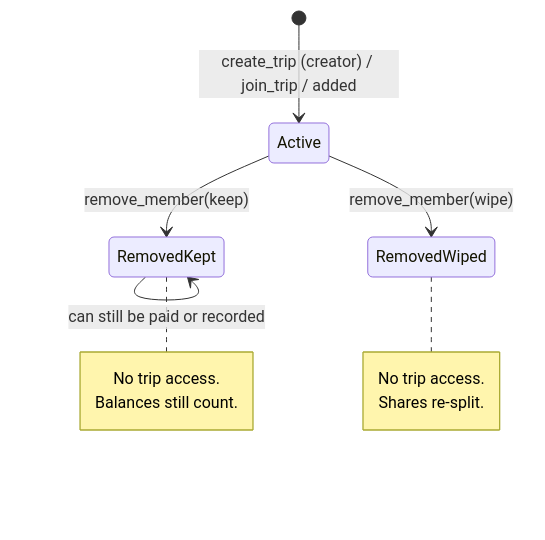
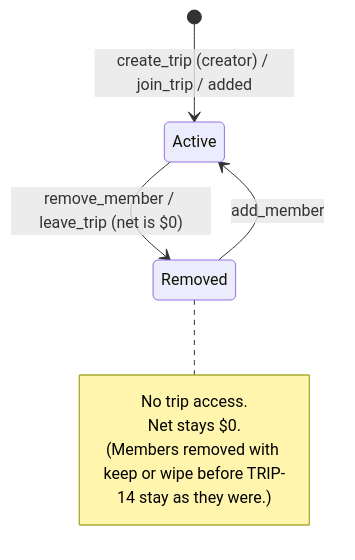
The fifth of 6 diagrams in docs/flows.md (taytayrad/tripsplit-ios), drawn with Mermaid before and after one commit. The commit also changed 10 other files, not shown here.

First line of the commit message:
Remove or leave only when settled; leave_trip (TRIP-14, database)

````diff
--- a/docs/flows.md
+++ b/docs/flows.md
@@ -108,9 +108,7 @@
 ```mermaid
 stateDiagram-v2
     [*] --> Active: create_trip (creator) / join_trip / added
-    Active --> RemovedKept: remove_member(keep)
-    Active --> RemovedWiped: remove_member(wipe)
-    RemovedKept --> RemovedKept: can still be paid or recorded
-    note right of RemovedKept: No trip access.<br/>Balances still count.
-    note right of RemovedWiped: No trip access.<br/>Shares re-split.
+    Active --> Removed: remove_member / leave_trip (net is $0)
+    Removed --> Active: add_member
+    note right of Removed: No trip access.<br/>Net stays $0.<br/>(Members removed with keep or wipe before TRIP-14 stay as they were.)
 ```
````
